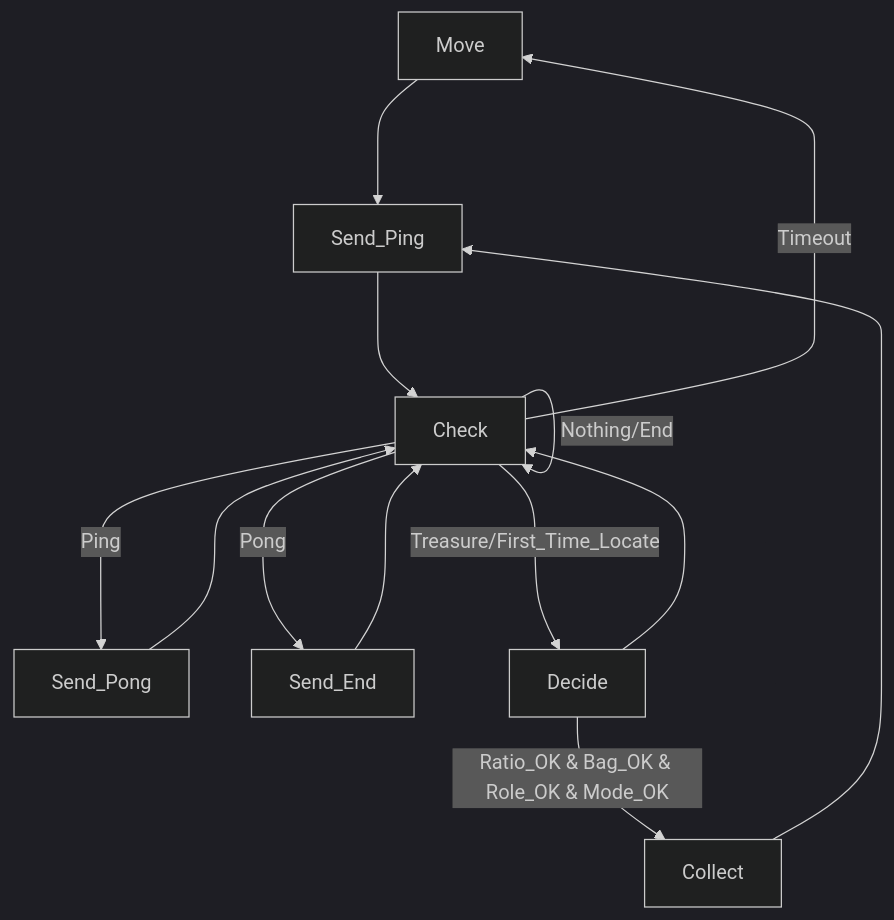
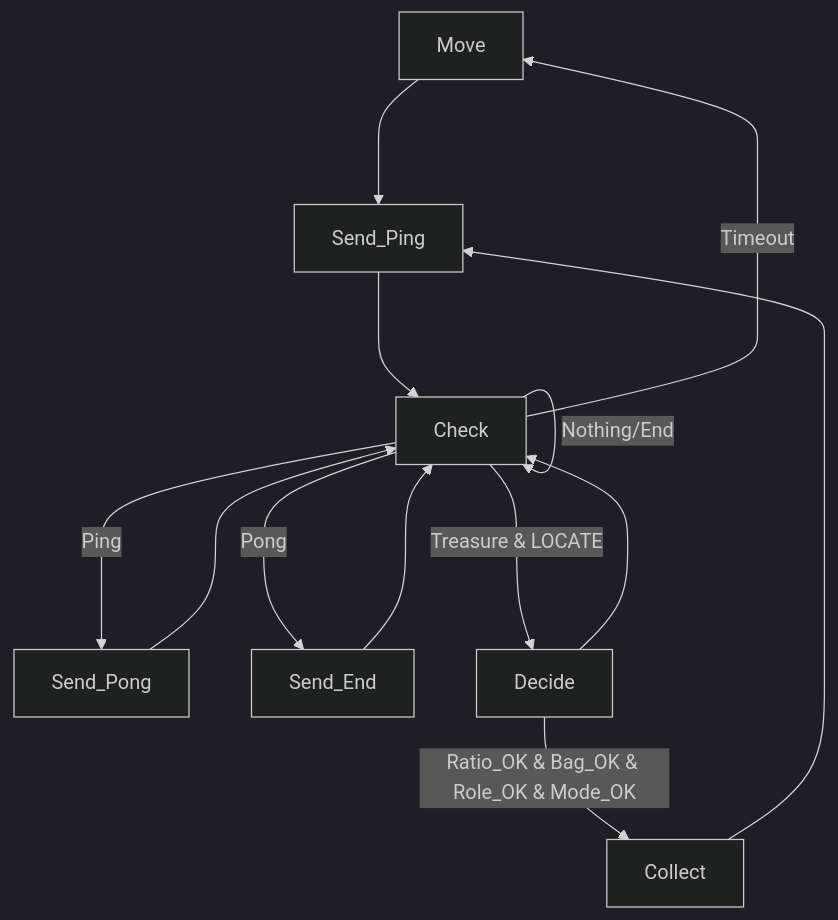
The third of 3 diagrams in FSM.md (MRVNY/Fosyma), drawn with Mermaid (dark theme) before and after one commit. The commit also changed 2 other files, not shown here.

````diff
--- a/FSM.md
+++ b/FSM.md
@@ -45,22 +45,22 @@
 ```mermaid
 graph
 
 Move ---> Send_Ping
 
 Send_Ping ---> Check
 
 Check --Ping--> Send_Pong
 Check --Pong--> Send_End
-Check --Treasure/First_Time_Locate--> Decide
+Check --Treasure & LOCATE--> Decide
 Check --Nothing/End--> Check
 Check --Timeout--> Move
 
 Send_End ---> Check
 
 Send_Pong ---> Check
 
 Decide ---> Check
 Decide --Ratio_OK & Bag_OK & Role_OK & Mode_OK--> Collect
 
 Collect ---> Send_Ping
 ```
````
